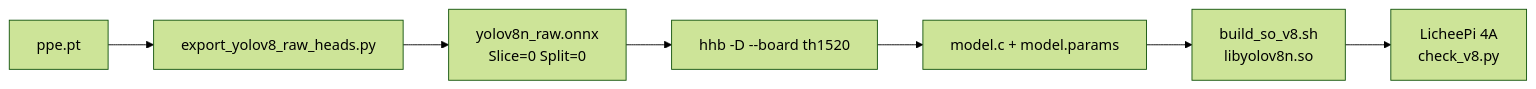
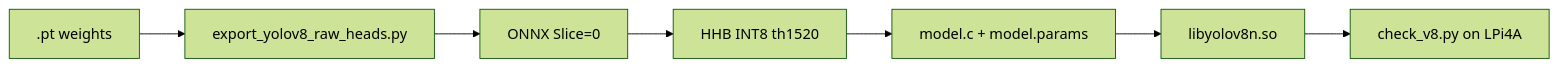
One commit to RUSKOGO/yolov5n_v8n-th1520-npu changed the diagram in docs/README.md. Above: the diagram before and after it, drawn with Mermaid (forest theme). The commit also changed other lines of this file and 21 other files, not shown here.

````diff
--- a/docs/README.md
+++ b/docs/README.md
@@ -11,9 +24,9 @@
 ```mermaid
 flowchart LR
-  PT["ppe.pt"] --> EXP["export_yolov8_raw_heads.py"]
-  EXP --> ONNX["yolov8n_raw.onnx\nSlice=0 Split=0"]
-  ONNX --> HHB["hhb -D --board th1520"]
-  HHB --> MC["model.c + model.params"]
-  MC --> SO["build_so_v8.sh\nlibyolov8n.so"]
-  SO --> BOARD["LicheePi 4A\ncheck_v8.py"]
+  PT[".pt weights"] --> EXP["export_yolov8_raw_heads.py"]
+  EXP --> ONNX["ONNX Slice=0"]
+  ONNX --> HHB["HHB INT8 th1520"]
+  HHB --> ART["model.c + model.params"]
+  ART --> SO["libyolov8n.so"]
+  SO --> DEMO["check_v8.py on LPi4A"]
 ```
````
